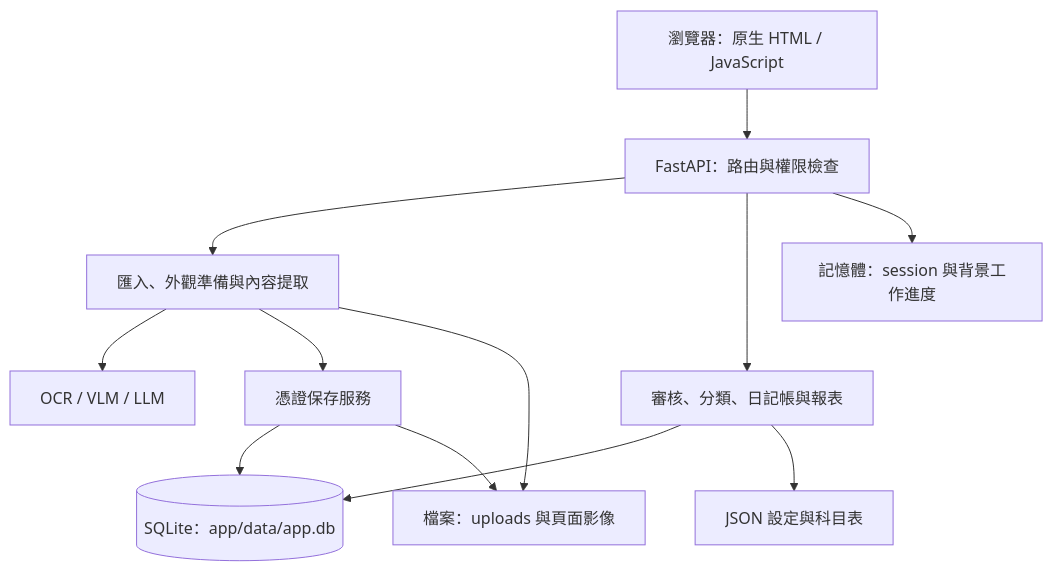
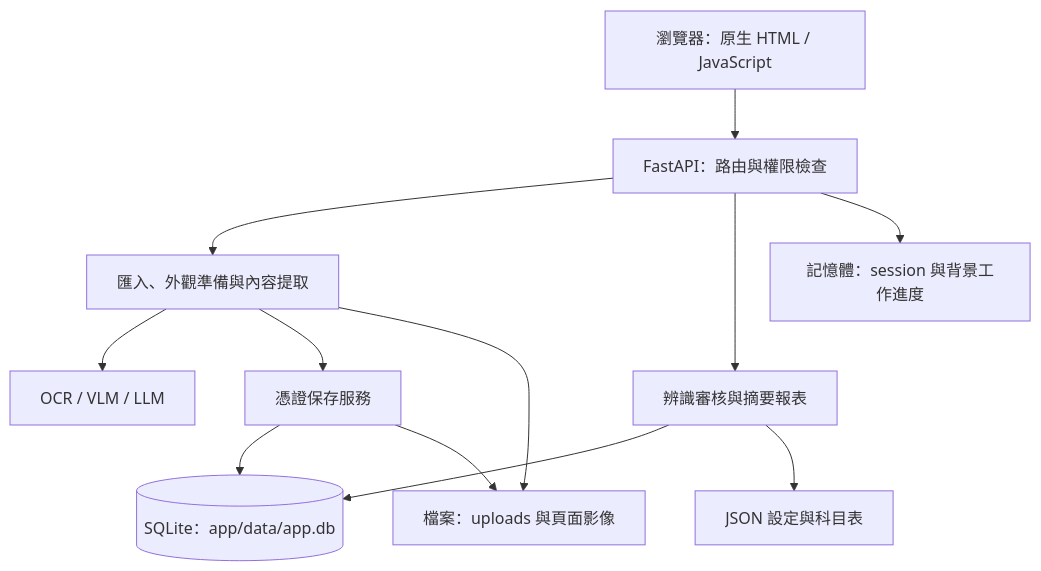
The first of 3 diagrams in docs/dev-notes/architecture.md (giraffe70/Accounting-Document-Recognition), drawn with Mermaid before and after one commit. The commit also changed other lines of this file and 48 other files, not shown here.

````diff
--- a/docs/dev-notes/architecture.md
+++ b/docs/dev-notes/architecture.md
@@ -62,14 +62,14 @@
 ```mermaid
 flowchart TD
     UI[瀏覽器：原生 HTML / JavaScript] --> API[FastAPI：路由與權限檢查]
     API --> Pipeline[匯入、外觀準備與內容提取]
     Pipeline --> Models[OCR / VLM / LLM]
-    API --> Services[審核、分類、日記帳與報表]
+    API --> Services[辨識審核與摘要報表]
     Pipeline --> Review[憑證保存服務]
     Services --> DB[(SQLite：app/data/app.db)]
     Review --> DB
     Pipeline --> Files[檔案：uploads 與頁面影像]
     Review --> Files
     Services --> Config[JSON 設定與科目表]
     API --> Memory[記憶體：session 與背景工作進度]
 ```
````
